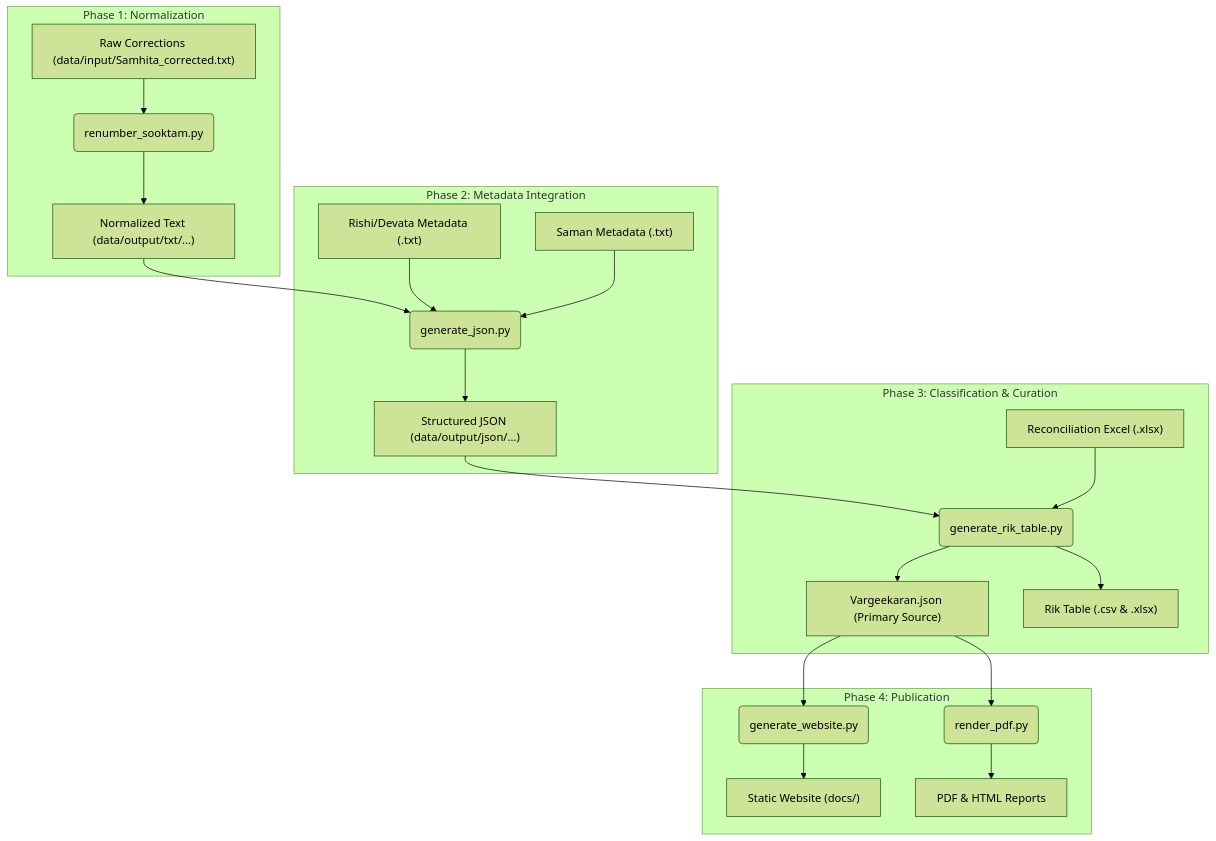
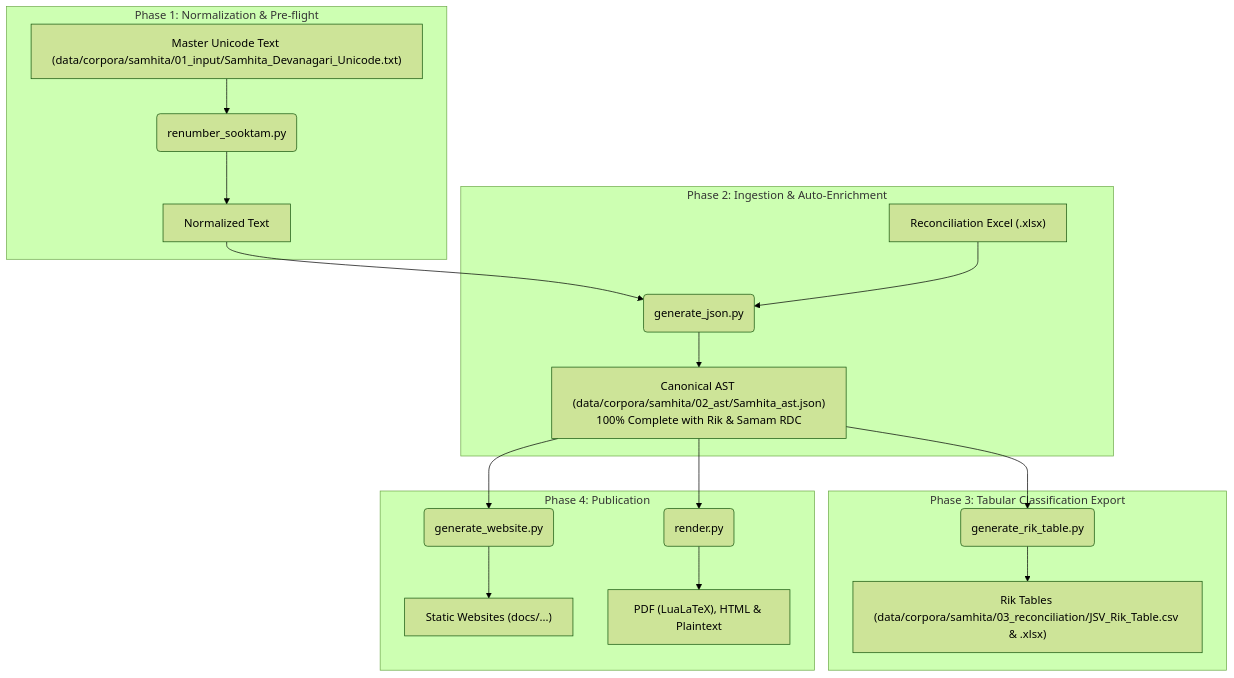
The first of 4 diagrams in .agent/documentation/PIPELINE_ARCHITECTURE.md (sekharnarayanaswamy-del/jaimineeyasamavedam), drawn with Mermaid (forest theme) before and after one commit. The commit also changed other lines of this file and 99 other files, not shown here.

First line of the commit message:
Unify pipeline on canonical Samhita_ast.json and enrich Rik & Samam RDC

````diff
--- a/.agent/documentation/PIPELINE_ARCHITECTURE.md
+++ b/.agent/documentation/PIPELINE_ARCHITECTURE.md
@@ -9,28 +9,25 @@
 ```mermaid
 graph TD
-    subgraph "Phase 1: Normalization"
-        A1["Raw Corrections (data/input/Samhita_corrected.txt)"] --> B1("renumber_sooktam.py")
-        B1 --> C1["Normalized Text (data/output/txt/...)"]
+    subgraph "Phase 1: Normalization & Pre-flight"
+        A1["Master Unicode Text (data/corpora/samhita/01_input/Samhita_Devanagari_Unicode.txt)"] --> B1("renumber_sooktam.py")
+        B1 --> C1["Normalized Text"]
     end
 
-    subgraph "Phase 2: Metadata Integration"
+    subgraph "Phase 2: Ingestion & Auto-Enrichment"
         C1 --> D1("generate_json.py")
-        D2["Rishi/Devata Metadata (.txt)"] --> D1
-        D3["Saman Metadata (.txt)"] --> D1
-        D1 --> E1["Structured JSON (data/output/json/...)"]
+        D2["Reconciliation Excel (.xlsx)"] --> D1
+        D1 --> E1["Canonical AST (data/corpora/samhita/02_ast/Samhita_ast.json)<br/>100% Complete with Rik & Samam RDC"]
     end
 
-    subgraph "Phase 3: Classification & Curation"
-        E1["Structured JSON (data/output/json/...)"] --> F1("generate_rik_table.py")
-        F2["Reconciliation Excel (.xlsx)"] --> F1
-        F1 --> G1["Vargeekaran.json (Primary Source)"]
-        F1 --> G2["Rik Table (.csv & .xlsx)"]
+    subgraph "Phase 3: Tabular Classification Export"
+        E1 --> F1("generate_rik_table.py")
+        F1 --> G2["Rik Tables (data/corpora/samhita/03_reconciliation/JSV_Rik_Table.csv & .xlsx)"]
     end
 
     subgraph "Phase 4: Publication"
-        G1 --> H1("generate_website.py")
-        G1 --> H2("render_pdf.py")
-        H1 --> I1["Static Website (docs/)"]
-        H2 --> I2["PDF & HTML Reports"]
+        E1 --> H1("generate_website.py")
+        E1 --> H2("render.py")
+        H1 --> I1["Static Websites (docs/...)"]
+        H2 --> I2["PDF (LuaLaTeX), HTML & Plaintext"]
     end
 ```
````
